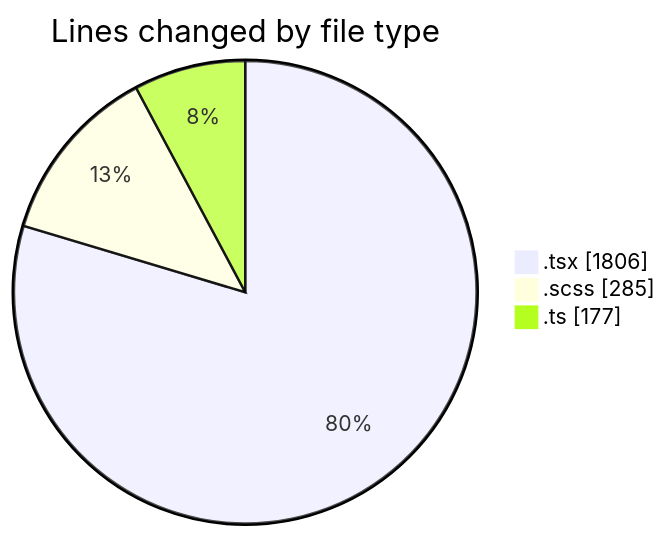
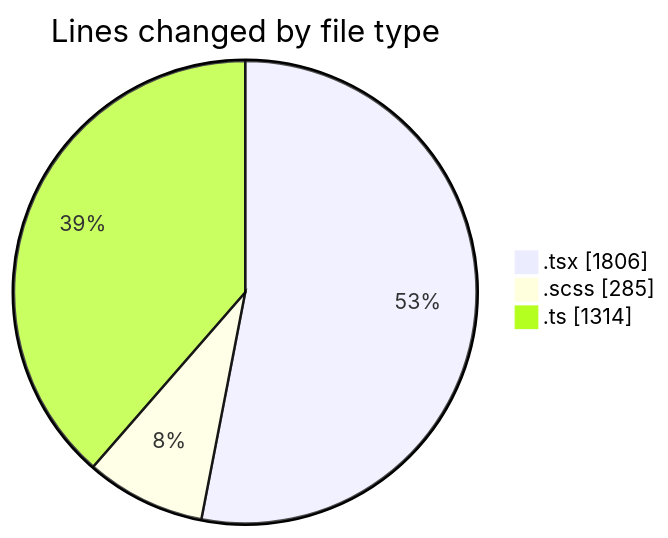
The first of 2 diagrams in 2026-02-25/cda/README.md (momahboobian/code-tracking), drawn with Mermaid before and after one commit. The commit also changed other lines of this file and 1 other file, not shown here.

````diff
--- a/2026-02-25/cda/README.md
+++ b/2026-02-25/cda/README.md
@@ -24,7 +25,7 @@
 ```mermaid
 pie showData
 title Lines changed by file type
 ".tsx" : 1806
 ".scss" : 285
-".ts" : 177
+".ts" : 1314
 ```
````
